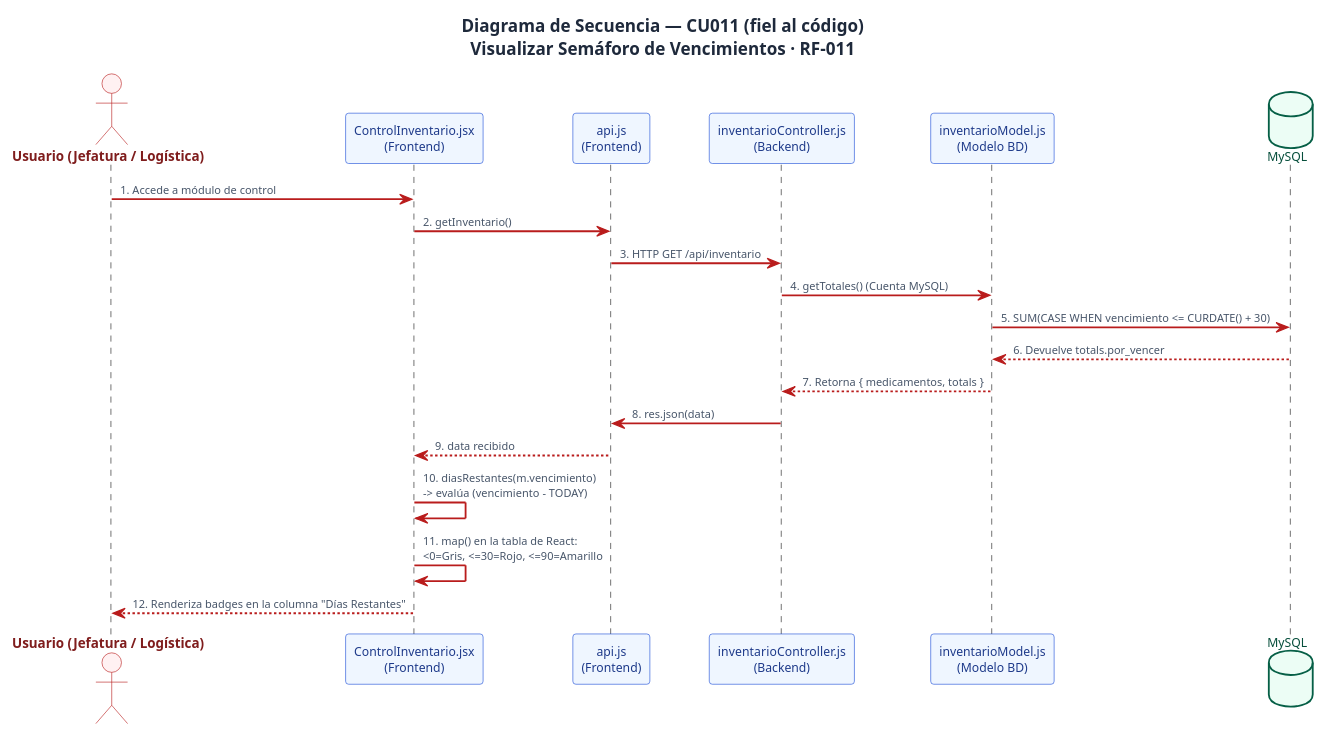
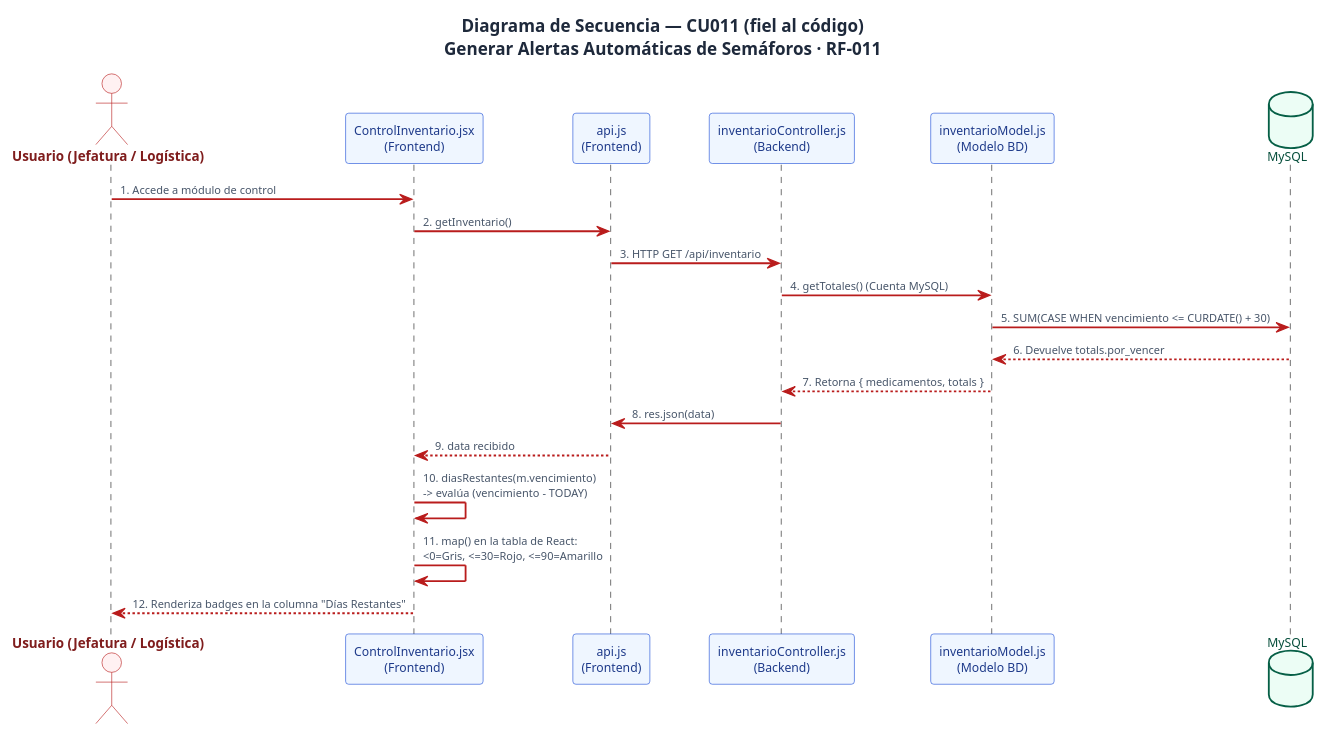
Before and after one commit to AngelVargasGutierrez/Swipre-Med: the diagram in Secuencia.Codigo/diagrama_secuencia_cu011.puml, drawn with PlantUML. The commit also changed 3 other files, not shown here.

Commit message:
Rename RF-011 to Generar alertas automaticas de semaforos

```diff
--- a/Secuencia.Codigo/diagrama_secuencia_cu011.puml
+++ b/Secuencia.Codigo/diagrama_secuencia_cu011.puml
@@ -1,54 +1,54 @@
 @startuml Secuencia_CU011_Codigo_MOPGIMED
-title "Diagrama de Secuencia — CU011 (fiel al código)\nVisualizar Semáforo de Vencimientos · RF-011"
+title "Diagrama de Secuencia — CU011 (fiel al código)\nGenerar Alertas Automáticas de Semáforos · RF-011"
 
 skinparam {
   backgroundColor    #FFFFFF
   shadowing          false
   defaultFontName    Segoe UI
   defaultFontSize    10
   defaultFontColor   #1E293B
   ArrowColor         #B91C1C
   ArrowThickness     1.5
   ArrowFontSize      9
   ArrowFontColor     #475569
 }
 skinparam actor {
   BorderColor        #B91C1C
   BackgroundColor    #FFF1F2
   FontColor          #7F1D1D
   FontStyle          Bold
   FontSize           11
 }
 skinparam participant {
   BorderColor        #1D4ED8
   BackgroundColor    #EFF6FF
   FontColor          #1E3A8A
   FontSize           10
 }
 skinparam database {
   BorderColor        #065F46
   BackgroundColor    #ECFDF5
   FontColor          #064E3B
   FontSize           10
 }
 
 actor "Usuario (Jefatura / Logística)" as User
 participant "ControlInventario.jsx\n(Frontend)" as View
 participant "api.js\n(Frontend)" as API
 participant "inventarioController.js\n(Backend)" as Ctrl
 participant "inventarioModel.js\n(Modelo BD)" as Model
 database "MySQL" as DB
 
 User -> View : 1. Accede a módulo de control
 View -> API : 2. getInventario()
 API -> Ctrl : 3. HTTP GET /api/inventario
 Ctrl -> Model : 4. getTotales() (Cuenta MySQL)
 Model -> DB : 5. SUM(CASE WHEN vencimiento <= CURDATE() + 30)
 DB --> Model : 6. Devuelve totals.por_vencer
 Model --> Ctrl : 7. Retorna { medicamentos, totals }
 Ctrl -> API : 8. res.json(data)
 API --> View : 9. data recibido
 View -> View : 10. diasRestantes(m.vencimiento)\n-> evalúa (vencimiento - TODAY)
 View -> View : 11. map() en la tabla de React:\n<0=Gris, <=30=Rojo, <=90=Amarillo
 View --> User : 12. Renderiza badges en la columna "Días Restantes"
 @enduml
```
